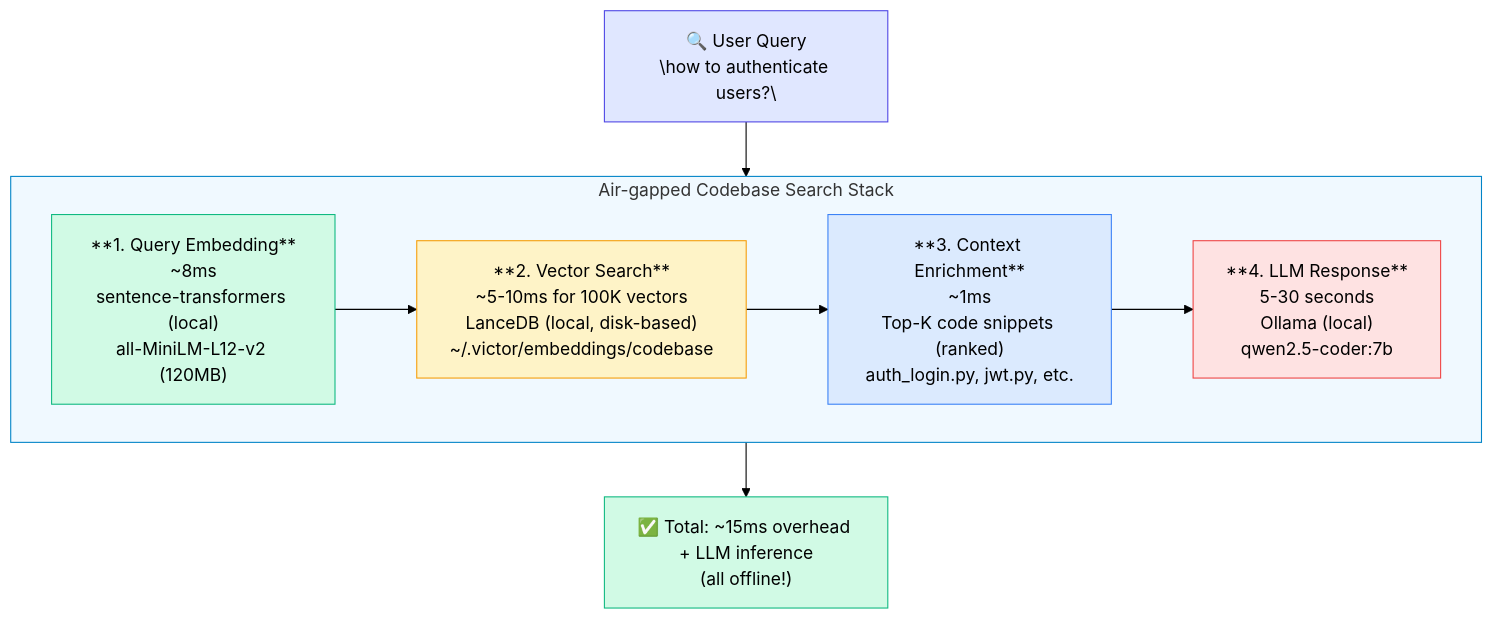
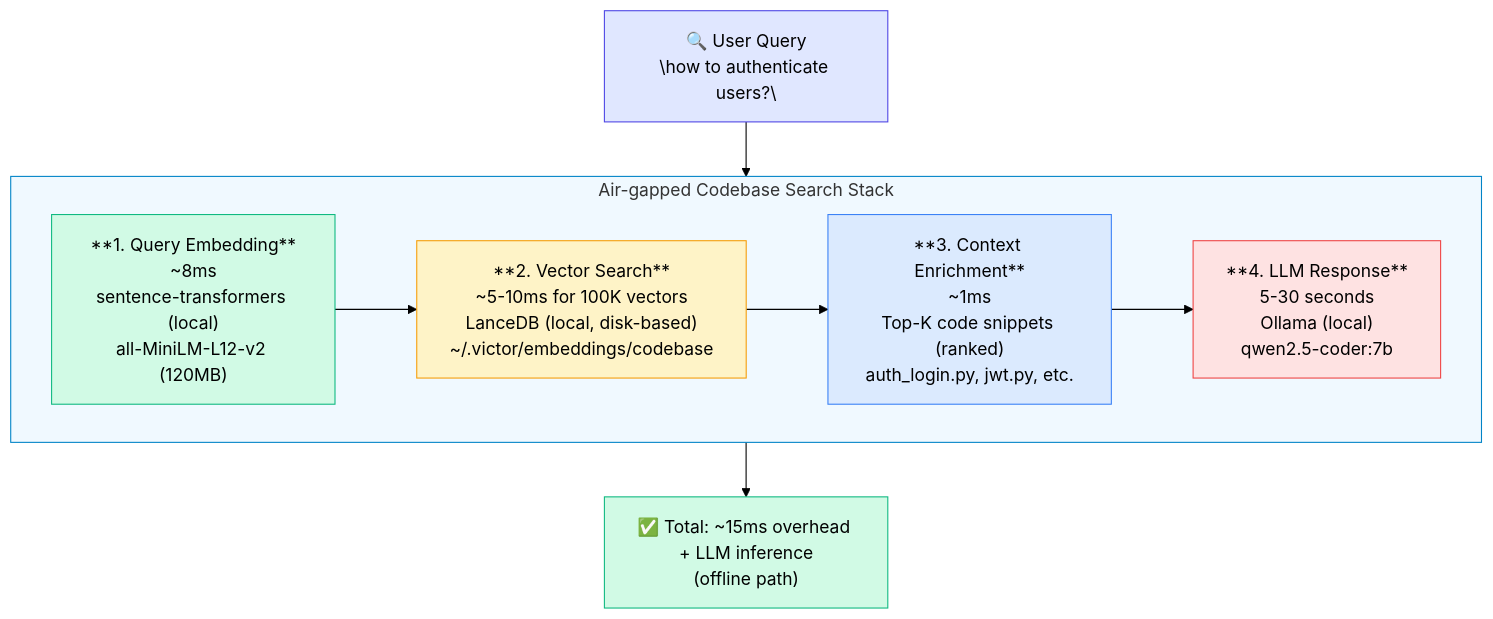
The diagram in docs/embeddings/AIRGAPPED.md (vjsingh1984/victor), drawn with Mermaid (forest theme) before and after one commit. The commit also changed other lines of this file and 30 other files, not shown here.

````diff
--- a/docs/embeddings/AIRGAPPED.md
+++ b/docs/embeddings/AIRGAPPED.md
@@ -18,28 +18,28 @@
 ```mermaid
 flowchart TB
     QUERY["🔍 User Query<br/>\"how to authenticate users?\""]
 
     subgraph PIPELINE["Air-gapped Codebase Search Stack"]
         STEP1["**1. Query Embedding**<br/>~8ms<br/>sentence-transformers (local)<br/>all-MiniLM-L12-v2 (120MB)"]
 
         STEP2["**2. Vector Search**<br/>~5-10ms for 100K vectors<br/>LanceDB (local, disk-based)<br/>~/.victor/embeddings/codebase"]
 
         STEP3["**3. Context Enrichment**<br/>~1ms<br/>Top-K code snippets (ranked)<br/>auth_login.py, jwt.py, etc."]
 
         STEP4["**4. LLM Response**<br/>5-30 seconds<br/>Ollama (local)<br/>qwen2.5-coder:7b"]
 
         STEP1 --> STEP2 --> STEP3 --> STEP4
     end
 
-    RESULT["✅ Total: ~15ms overhead + LLM inference<br/>(all offline!)"]
+    RESULT["✅ Total: ~15ms overhead + LLM inference<br/>(offline path)"]
 
     QUERY --> PIPELINE --> RESULT
 
     style QUERY fill:#e0e7ff,stroke:#4f46e5
     style PIPELINE fill:#f0f9ff,stroke:#0284c7
     style STEP1 fill:#d1fae5,stroke:#10b981
     style STEP2 fill:#fef3c7,stroke:#f59e0b
     style STEP3 fill:#dbeafe,stroke:#3b82f6
     style STEP4 fill:#fee2e2,stroke:#ef4444
     style RESULT fill:#d1fae5,stroke:#10b981
 ```
````
